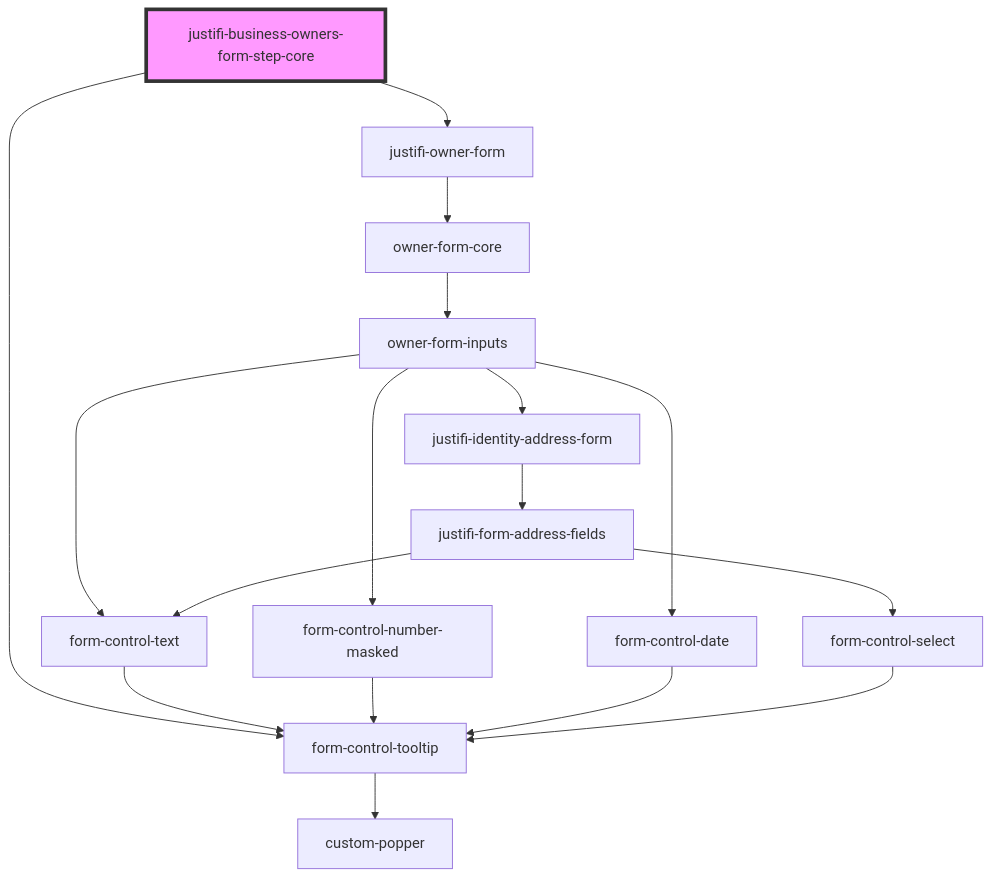
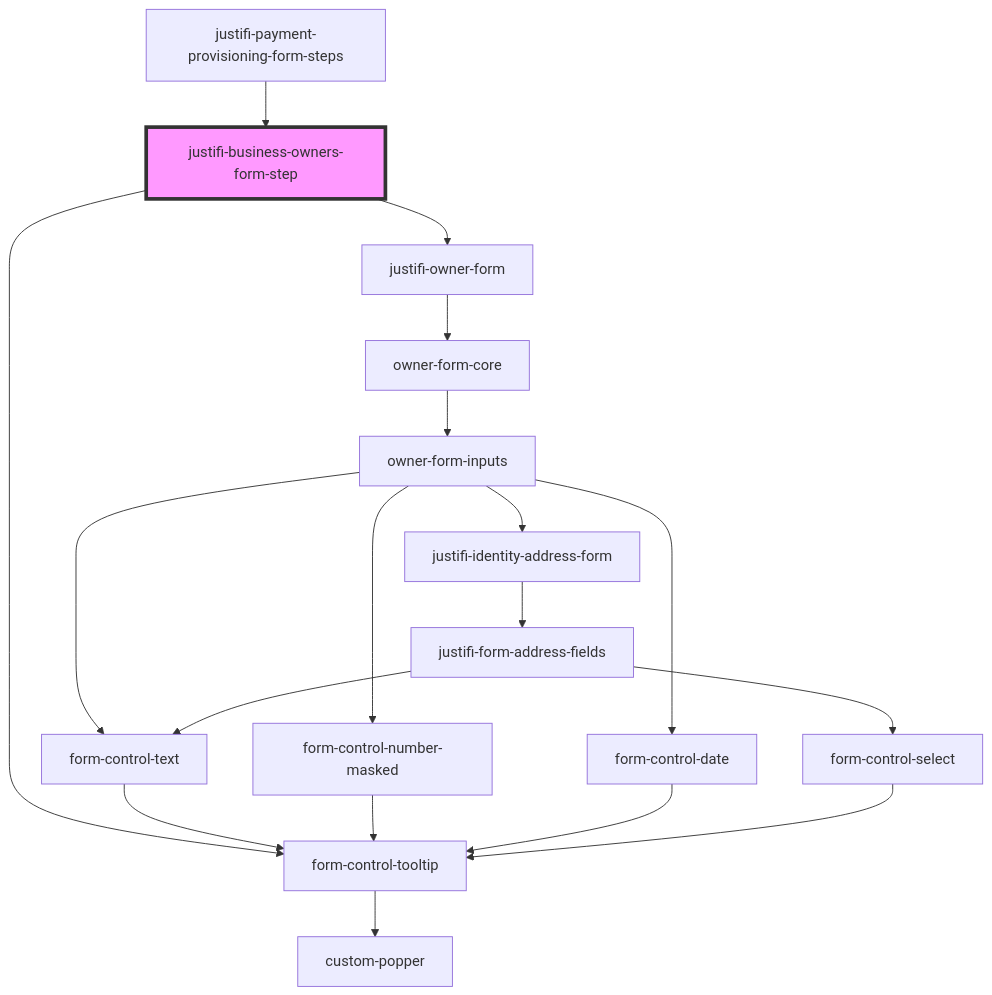
The diagram in packages/webcomponents/src/components/business-forms/payment-provisioning/business-owners/readme.md (justifi-tech/web-component-library), drawn with Mermaid before and after one commit. The commit also changed other lines of this file and 5 other files, not shown here.

Commit message:
Remove business bank account core component

````diff
--- a/packages/webcomponents/src/components/business-forms/payment-provisioning/business-owners/readme.md
+++ b/packages/webcomponents/src/components/business-forms/payment-provisioning/business-owners/readme.md
@@ -57,20 +59,21 @@
 ```mermaid
 graph TD;
-  justifi-business-owners-form-step-core --> form-control-tooltip
-  justifi-business-owners-form-step-core --> justifi-owner-form
+  justifi-business-owners-form-step --> form-control-tooltip
+  justifi-business-owners-form-step --> justifi-owner-form
   form-control-tooltip --> custom-popper
   justifi-owner-form --> owner-form-core
   owner-form-core --> owner-form-inputs
   owner-form-inputs --> form-control-text
   owner-form-inputs --> form-control-number-masked
   owner-form-inputs --> form-control-date
   owner-form-inputs --> justifi-identity-address-form
   form-control-text --> form-control-tooltip
   form-control-number-masked --> form-control-tooltip
   form-control-date --> form-control-tooltip
   justifi-identity-address-form --> justifi-form-address-fields
   justifi-form-address-fields --> form-control-text
   justifi-form-address-fields --> form-control-select
   form-control-select --> form-control-tooltip
-  style justifi-business-owners-form-step-core fill:#f9f,stroke:#333,stroke-width:4px
+  justifi-payment-provisioning-form-steps --> justifi-business-owners-form-step
+  style justifi-business-owners-form-step fill:#f9f,stroke:#333,stroke-width:4px
 ```
````
